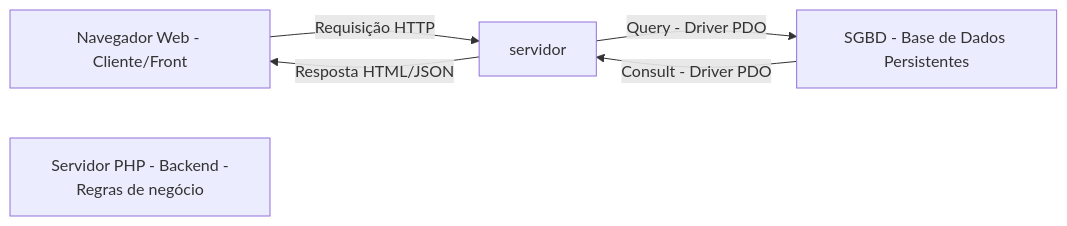
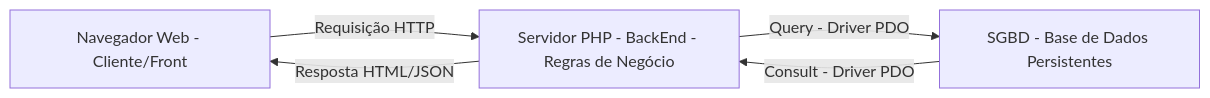
The tenth of 23 diagrams in PHPVanilla/README.md (Sofiacristina2026/CursoBackend46bt22026), drawn with Mermaid before and after one commit. The commit also changed other lines of this file and 5 other files, not shown here.

````diff
--- a/PHPVanilla/README.md
+++ b/PHPVanilla/README.md
@@ -1132,11 +1139,11 @@
 ```mermaid
 flowchart LR
     navegador[Navegador Web - Cliente/Front]
-    Servidor[Servidor PHP - Backend -Regras de negócio]
+    servidor[Servidor PHP - BackEnd - Regras de Negócio]
     banco[SGBD - Base de Dados Persistentes]
 
     navegador --> |"Requisição HTTP"| servidor
     servidor --> |"Query - Driver PDO"| banco
     banco --> |"Consult - Driver PDO"| servidor
     servidor --> |"Resposta HTML/JSON"| navegador
 ```
````
